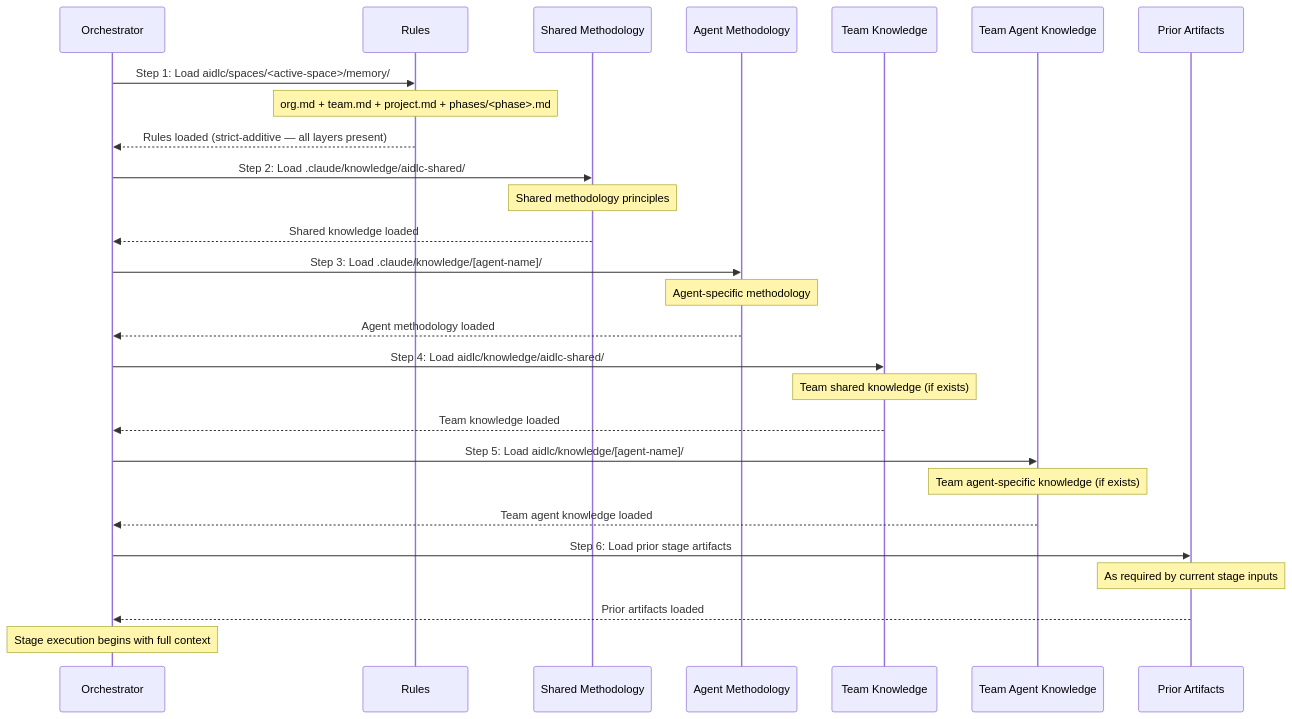
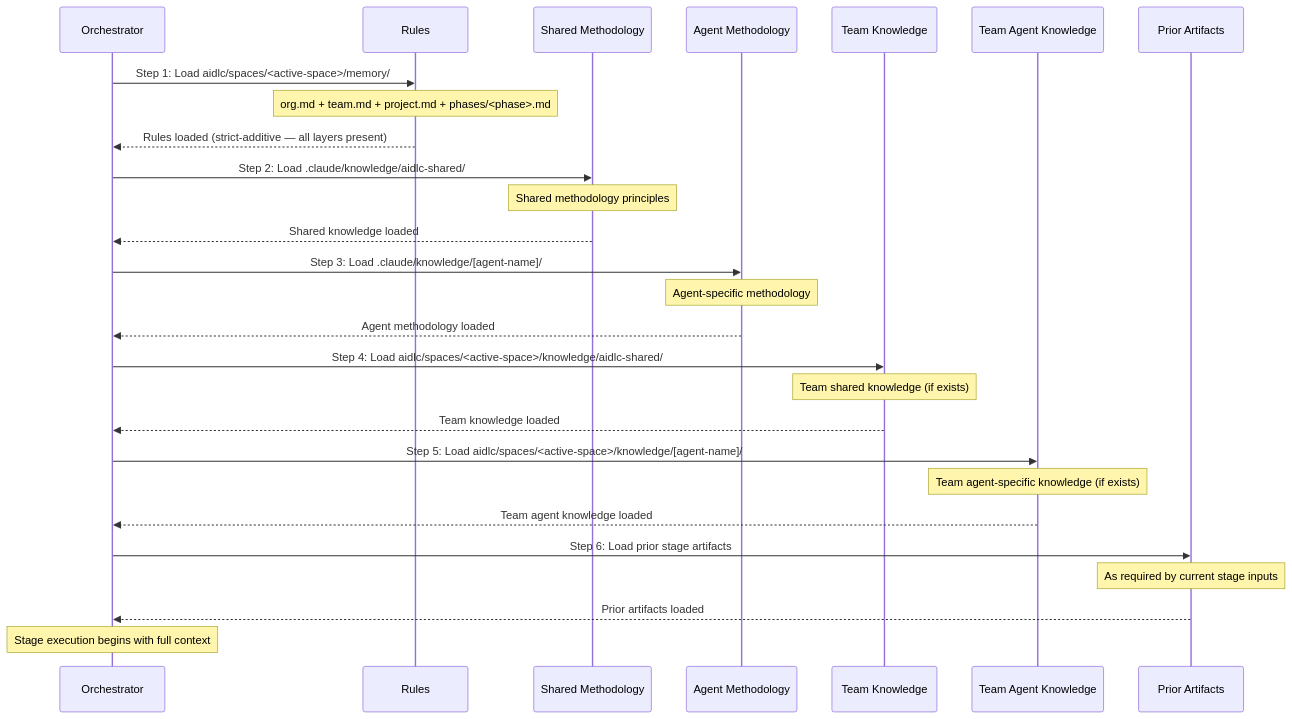
One commit to otomatty/aidlc-guide changed the ninth of 12 diagrams in docs/reference/en/diagrams.md. Above: the diagram before and after it, drawn with Mermaid. The commit also changed other lines of this file and 740 other files, not shown here.

````diff
--- a/docs/reference/en/diagrams.md
+++ b/docs/reference/en/diagrams.md
@@ -449,36 +449,36 @@
 ```mermaid
 sequenceDiagram
     participant O as Orchestrator
     participant G as Rules
     participant SM as Shared Methodology
     participant AM as Agent Methodology
     participant TK as Team Knowledge
     participant TAK as Team Agent Knowledge
     participant PA as Prior Artifacts
 
     O->>G: Step 1: Load aidlc/spaces/<active-space>/memory/
     Note over G: org.md + team.md + project.md + phases/<phase>.md
     G-->>O: Rules loaded (strict-additive — all layers present)
 
     O->>SM: Step 2: Load .claude/knowledge/aidlc-shared/
     Note over SM: Shared methodology principles
     SM-->>O: Shared knowledge loaded
 
     O->>AM: Step 3: Load .claude/knowledge/[agent-name]/
     Note over AM: Agent-specific methodology
     AM-->>O: Agent methodology loaded
 
-    O->>TK: Step 4: Load aidlc/knowledge/aidlc-shared/
+    O->>TK: Step 4: Load aidlc/spaces/<active-space>/knowledge/aidlc-shared/
     Note over TK: Team shared knowledge (if exists)
     TK-->>O: Team knowledge loaded
 
-    O->>TAK: Step 5: Load aidlc/knowledge/[agent-name]/
+    O->>TAK: Step 5: Load aidlc/spaces/<active-space>/knowledge/[agent-name]/
     Note over TAK: Team agent-specific knowledge (if exists)
     TAK-->>O: Team agent knowledge loaded
 
     O->>PA: Step 6: Load prior stage artifacts
     Note over PA: As required by current stage inputs
     PA-->>O: Prior artifacts loaded
 
     Note over O: Stage execution begins with full context
 ```
````
